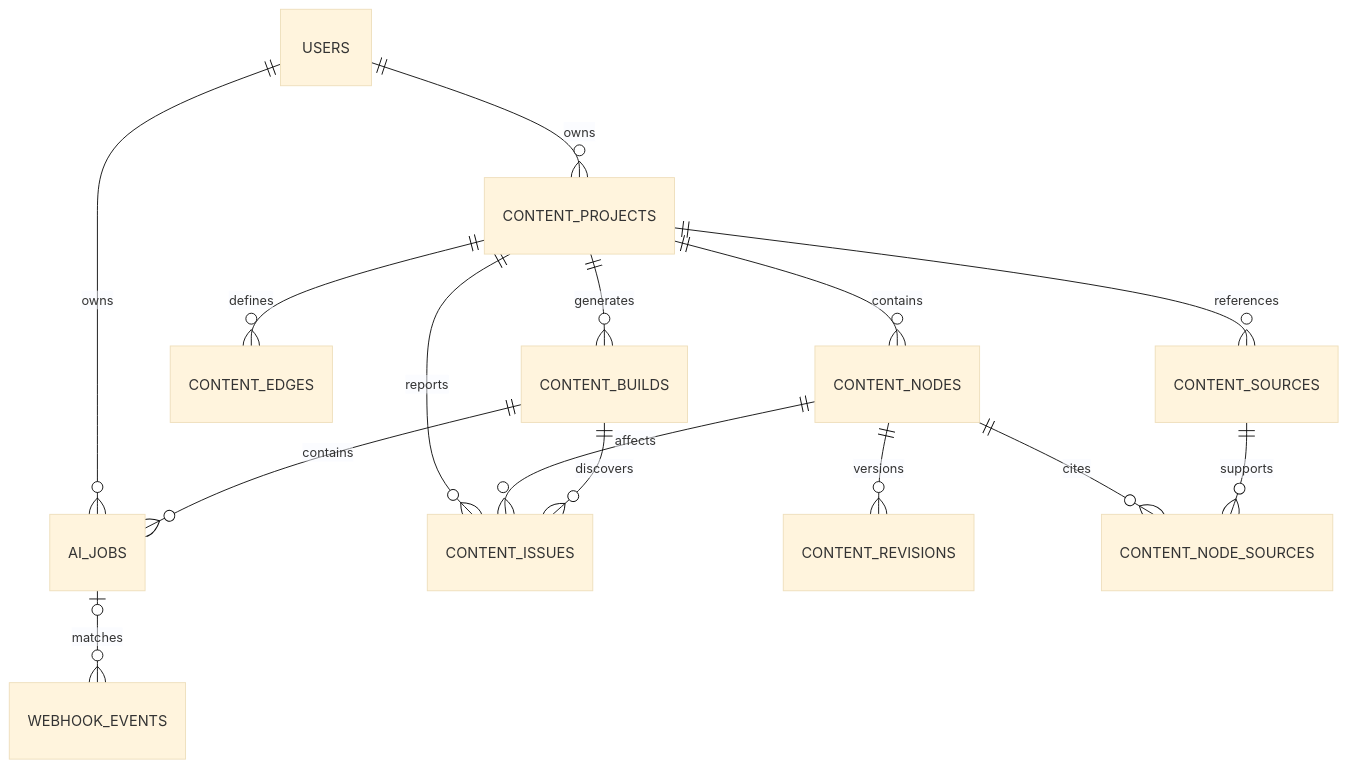
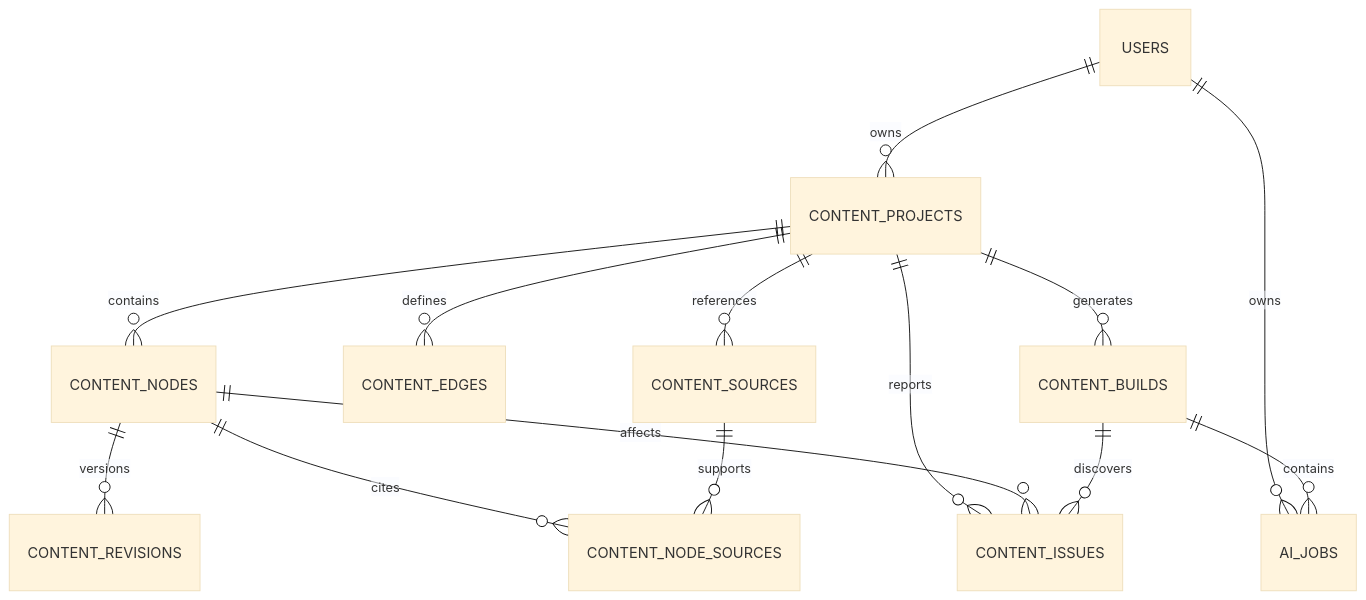
One commit to leejss/chaek changed the first of 4 diagrams in docs/content-compiler-implementation-design.md. Above: the diagram before and after it, drawn with Mermaid (base theme). The commit also changed other lines of this file and 1 other file, not shown here.

Commit message:
docs: document polling-only content flow

````diff
--- a/docs/content-compiler-implementation-design.md
+++ b/docs/content-compiler-implementation-design.md
@@ -375,22 +360,20 @@
 ```mermaid
 erDiagram
     USERS ||--o{ CONTENT_PROJECTS : owns
     USERS ||--o{ AI_JOBS : owns
 
     CONTENT_PROJECTS ||--o{ CONTENT_NODES : contains
     CONTENT_PROJECTS ||--o{ CONTENT_EDGES : defines
     CONTENT_PROJECTS ||--o{ CONTENT_BUILDS : generates
     CONTENT_PROJECTS ||--o{ CONTENT_SOURCES : references
     CONTENT_PROJECTS ||--o{ CONTENT_ISSUES : reports
 
     CONTENT_NODES ||--o{ CONTENT_REVISIONS : versions
     CONTENT_NODES ||--o{ CONTENT_NODE_SOURCES : cites
     CONTENT_NODES ||--o{ CONTENT_ISSUES : affects
 
     CONTENT_SOURCES ||--o{ CONTENT_NODE_SOURCES : supports
 
     CONTENT_BUILDS ||--o{ AI_JOBS : contains
     CONTENT_BUILDS ||--o{ CONTENT_ISSUES : discovers
-
-    AI_JOBS o|--o{ WEBHOOK_EVENTS : matches
 ```
````
